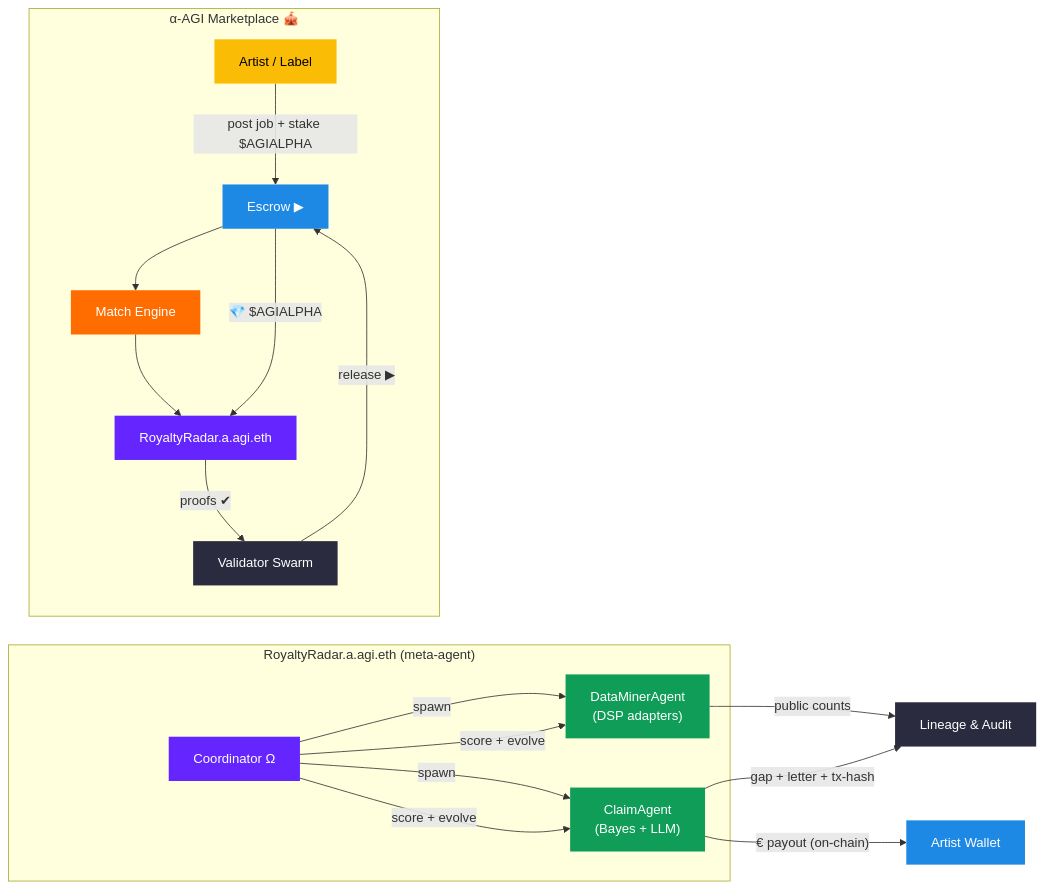
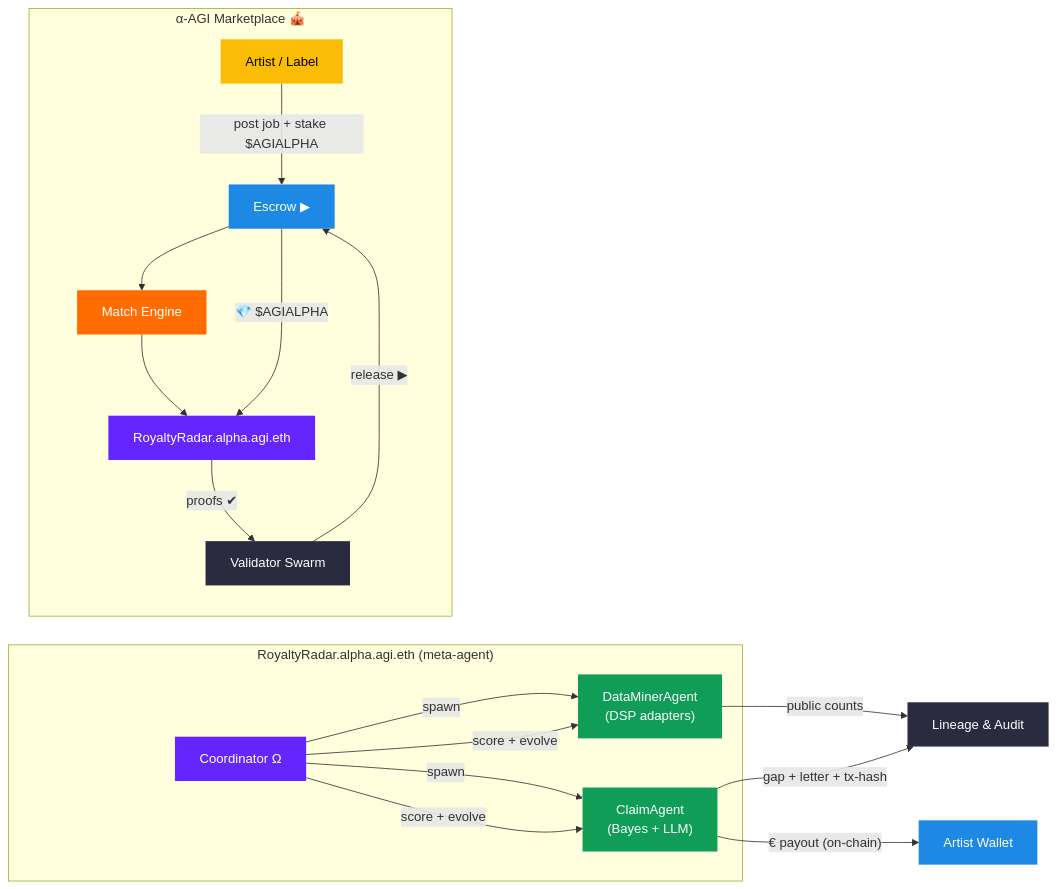
One commit to MontrealAI/AGI-Alpha-Agent-v0 changed the first of 3 diagrams in alpha_factory_v1/demos/meta_agentic_agi_v3/businesses/royalty_radar.md. Above: the diagram before and after it, drawn with Mermaid. The commit also changed other lines of this file and 17 other files, not shown here.

Commit message:
docs: update ENS schema references

````diff
--- a/alpha_factory_v1/demos/meta_agentic_agi_v3/businesses/royalty_radar.md
+++ b/alpha_factory_v1/demos/meta_agentic_agi_v3/businesses/royalty_radar.md
@@ -4,36 +4,36 @@
 ```mermaid
 %% ───────────────────────────  PANE A  ───────────────────────────
 %% Royalty Radar 👁️✨ – Meta-Agentic Inner Loop
 flowchart LR
-  subgraph meta["RoyaltyRadar.a.agi.eth  (meta-agent)"]
+  subgraph meta["RoyaltyRadar.alpha.agi.eth  (meta-agent)"]
     ORCH["Coordinator Ω"]:::meta
     ORCH -->|spawn| DM["DataMinerAgent<br/>(DSP adapters)"]:::agent
     ORCH -->|spawn| CL["ClaimAgent<br/>(Bayes + LLM)"]:::agent
     ORCH -->|score + evolve| DM
     ORCH -->|score + evolve| CL
   end
 
   DM  -- public counts --> STORE["Lineage & Audit"]:::store
   CL  -- gap + letter + tx-hash --> STORE
   CL  -- € payout (on-chain) --> WALLET["Artist Wallet"]:::val
 
 %% ───────────────────────────  PANE B  ───────────────────────────
 %% How the Business plugs into the α-AGI Marketplace
   subgraph market["α-AGI Marketplace 🎪"]
     CLIENT["Artist / Label"]:::user
     CLIENT -- post&nbsp;job + stake $AGIALPHA --> ESCROW["Escrow ▶"]:::val
     ESCROW --> MATCH["Match Engine"]:::proc
-    MATCH  --> BIZ["RoyaltyRadar.a.agi.eth"]:::meta
+    MATCH  --> BIZ["RoyaltyRadar.alpha.agi.eth"]:::meta
     BIZ    -- proofs&nbsp;✔ --> VALID["Validator Swarm"]:::store
     VALID  -- release ▶ --> ESCROW
     ESCROW -- 💎 $AGIALPHA --> BIZ
   end
 
 %% Styling
 classDef meta   fill:#6425ff,color:#ffffff,stroke-width:0;
 classDef agent  fill:#0f9d58,color:#ffffff,stroke-width:0;
 classDef store  fill:#2b2b40,color:#ffffff,stroke-width:0;
 classDef val    fill:#1e88e5,color:#ffffff,stroke-width:0;
 classDef proc   fill:#ff6d00,color:#ffffff,stroke-width:0;
 classDef user   fill:#fbbc05,color:#000000,stroke-width:0;
 ```
````
